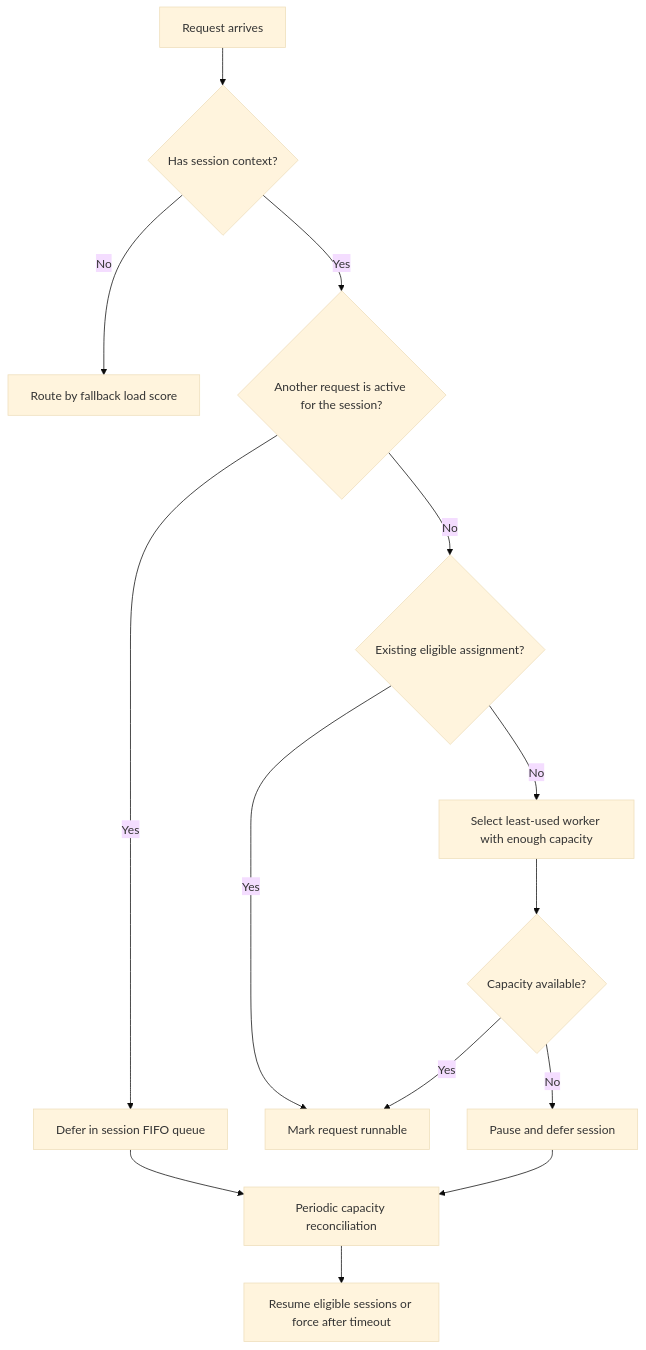
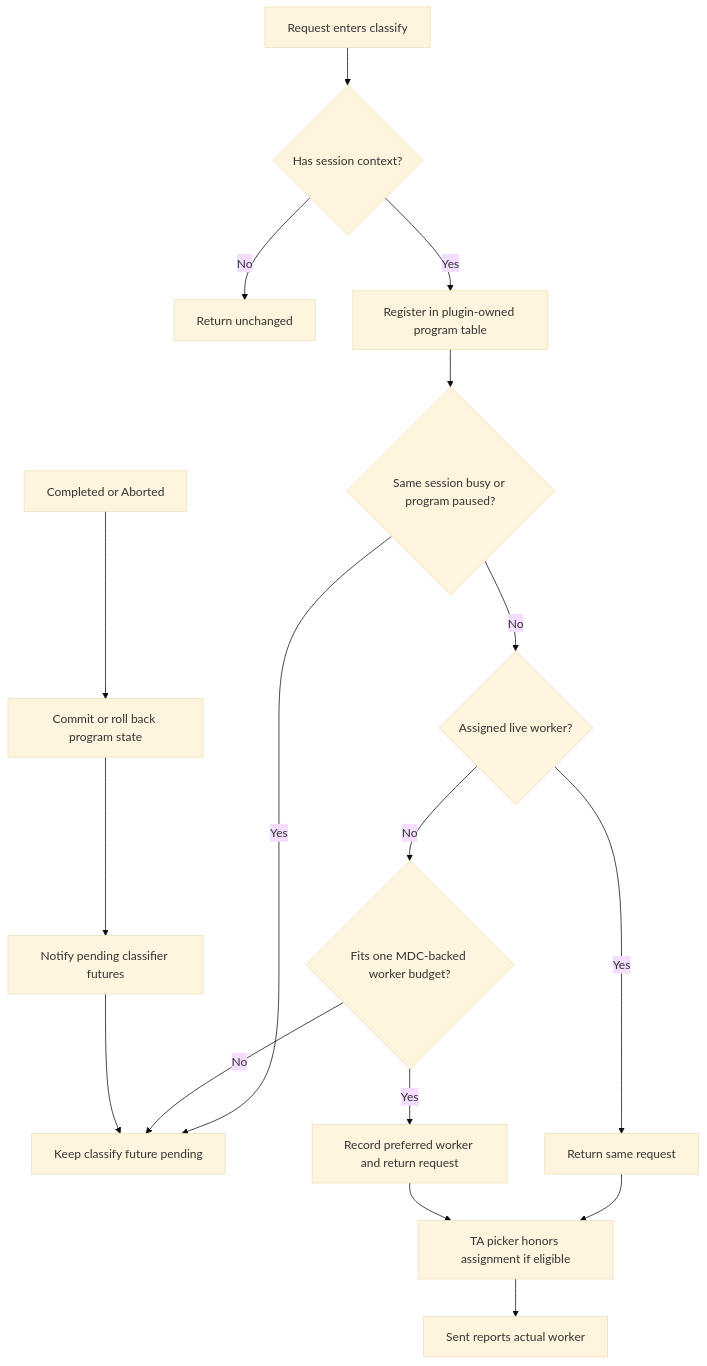
Before and after one commit to ishandhanani/router-sandbox: the diagram in crates/thunderagent/README.md, drawn with Mermaid (base theme). The commit also changed other lines of this file and 9 other files, not shown here.

````diff
--- a/crates/thunderagent/README.md
+++ b/crates/thunderagent/README.md
@@ -17,16 +18,19 @@
 ```mermaid
 flowchart TD
-    A["Request arrives"] --> B{"Has session context?"}
-    B -- "No" --> C["Route by fallback load score"]
-    B -- "Yes" --> D{"Another request is active for the session?"}
-    D -- "Yes" --> E["Defer in session FIFO queue"]
-    D -- "No" --> F{"Existing eligible assignment?"}
-    F -- "Yes" --> G["Mark request runnable"]
-    F -- "No" --> H["Select least-used worker with enough capacity"]
-    H --> I{"Capacity available?"}
-    I -- "Yes" --> G
-    I -- "No" --> J["Pause and defer session"]
-    E --> K["Periodic capacity reconciliation"]
+    A["Request enters classify"] --> B{"Has session context?"}
+    B -- "No" --> C["Return unchanged"]
+    B -- "Yes" --> D["Register in plugin-owned program table"]
+    D --> E{"Same session busy or program paused?"}
+    E -- "Yes" --> F["Keep classify future pending"]
+    E -- "No" --> G{"Assigned live worker?"}
+    G -- "Yes" --> H["Return same request"]
+    G -- "No" --> I{"Fits one MDC-backed worker budget?"}
+    I -- "No" --> F
+    I -- "Yes" --> J["Record preferred worker and return request"]
+    H --> K["TA picker honors assignment if eligible"]
     J --> K
-    K --> L["Resume eligible sessions or force after timeout"]
+    K --> L["Sent reports actual worker"]
+    M["Completed or Aborted"] --> N["Commit or roll back program state"]
+    N --> O["Notify pending classifier futures"]
+    O --> F
 ```
````
